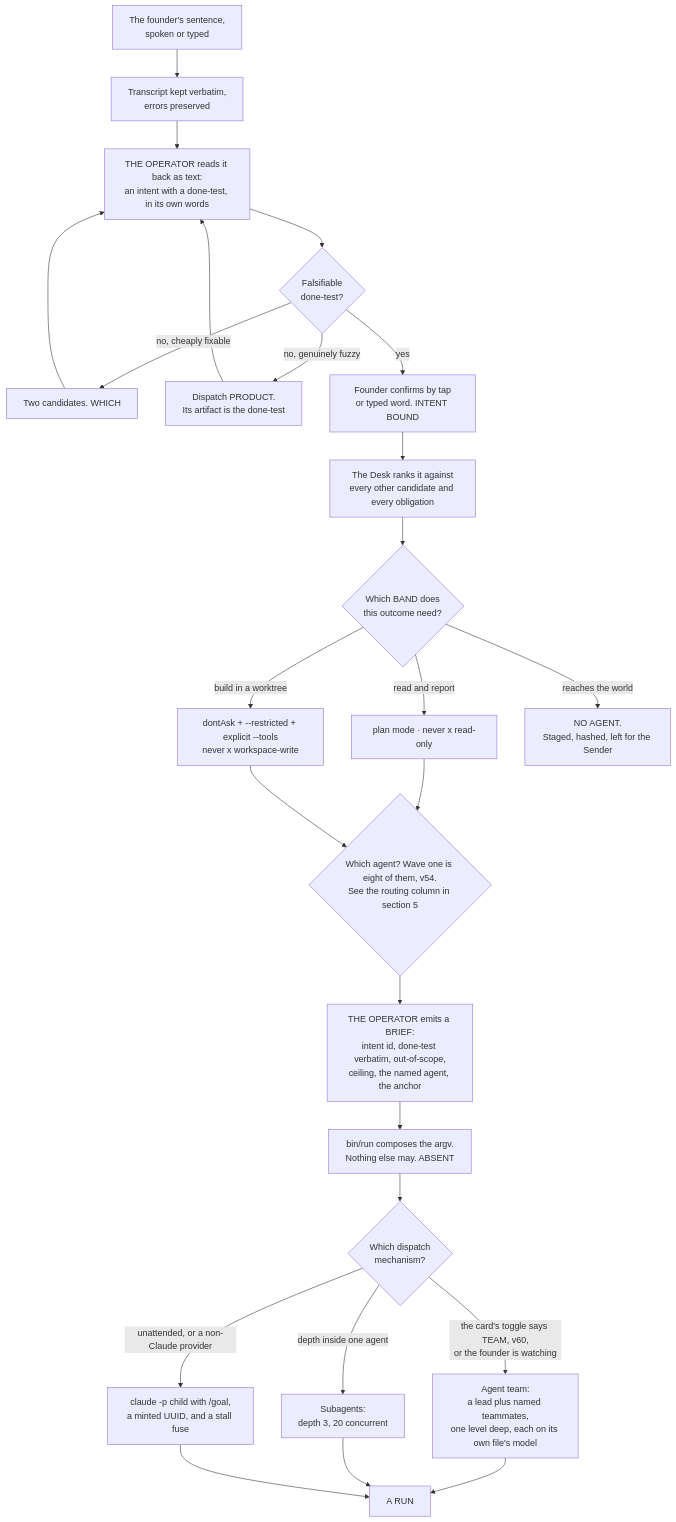
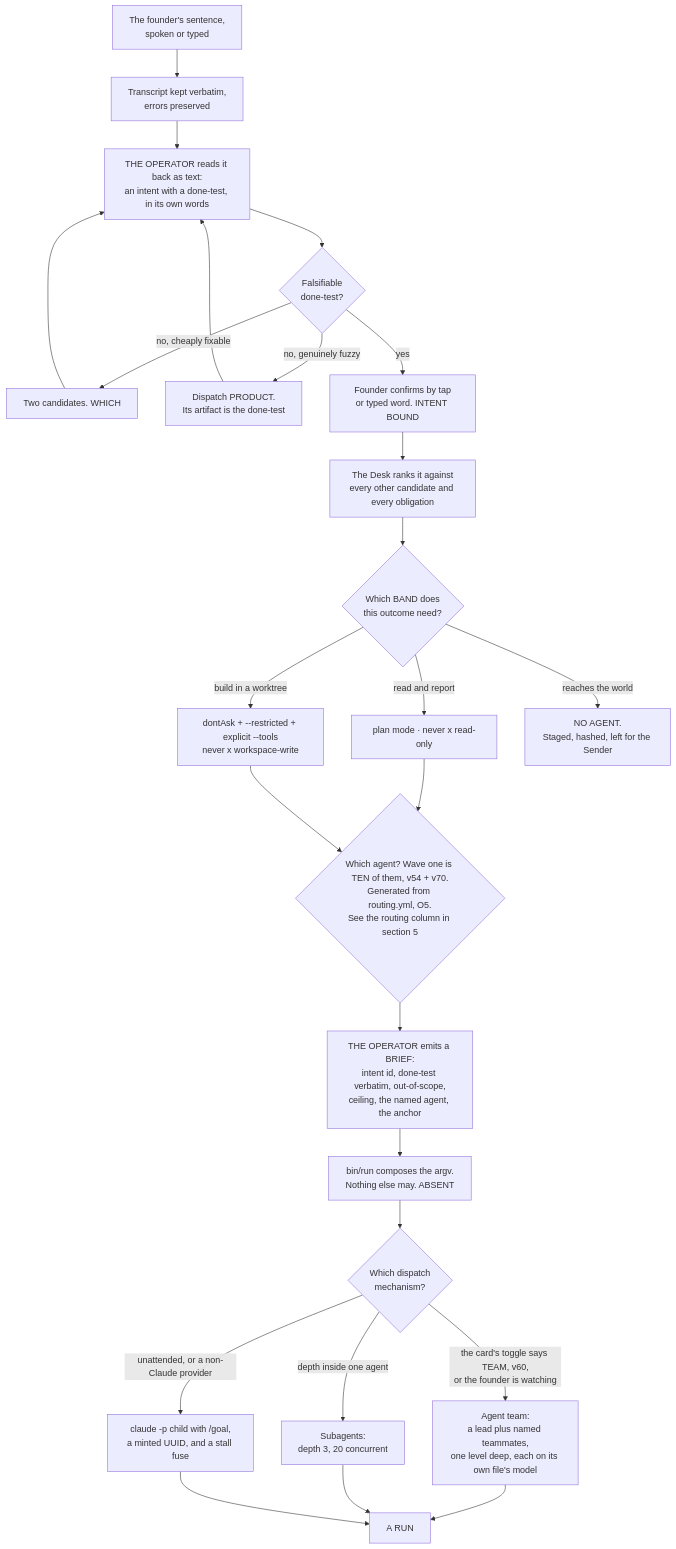
One commit to Adam077K/agentvibe changed the second of 2 diagrams in docs/03-system-design/final-v2/parts/03-operator.md. Above: the diagram before and after it, drawn with Mermaid. The commit also changed other lines of this file and 8 other files, not shown here.

First line of the commit message:
docs(final-v2): B1 and B2 — the rethink round in §0–§2, §4, §13a (82 rows, work-item store, lexicographic Desk, away mode) and §3, §5, §6, §17 (identity, cord, messaging, wave one of ten, packs, expiry, reconciler, inventory)

````diff
--- a/docs/03-system-design/final-v2/parts/03-operator.md
+++ b/docs/03-system-design/final-v2/parts/03-operator.md
@@ -184,30 +284,30 @@
 ```mermaid
 flowchart TD
     S["The founder's sentence,<br/>spoken or typed"] --> T["Transcript kept verbatim,<br/>errors preserved"]
     T --> RB["THE OPERATOR reads it back as text:<br/>an intent with a done-test, in its own words"]
     RB --> Q1{"Falsifiable<br/>done-test?"}
     Q1 -->|"no, cheaply fixable"| TWO["Two candidates. WHICH"]
     TWO --> RB
     Q1 -->|"no, genuinely fuzzy"| PRODUCT["Dispatch PRODUCT.<br/>Its artifact is the done-test"]
     PRODUCT --> RB
     Q1 -->|"yes"| CONF["Founder confirms by tap<br/>or typed word. INTENT BOUND"]
 
     CONF --> DESK["The Desk ranks it against<br/>every other candidate and every obligation"]
     DESK --> BAND{"Which BAND does<br/>this outcome need?"}
     BAND -->|"read and report"| B1["plan mode · never x read-only"]
     BAND -->|"build in a worktree"| B2["dontAsk + --restricted + explicit --tools<br/>never x workspace-write"]
     BAND -->|"reaches the world"| B3["NO AGENT.<br/>Staged, hashed, left for the Sender"]
 
     B1 --> PICK
     B2 --> PICK
-    PICK{"Which agent? Wave one is eight of them, v54.<br/>See the routing column in section 5"}
+    PICK{"Which agent? Wave one is TEN of them, v54 + v70.<br/>Generated from routing.yml, O5.<br/>See the routing column in section 5"}
     PICK --> BRIEF["THE OPERATOR emits a BRIEF:<br/>intent id, done-test verbatim, out-of-scope,<br/>ceiling, the named agent, the anchor"]
     BRIEF --> LAUNCH["bin/run composes the argv.<br/>Nothing else may. ABSENT"]
     LAUNCH --> HOW{"Which dispatch<br/>mechanism?"}
     HOW -->|"the card's toggle says TEAM, v60,<br/>or the founder is watching"| TEAM["Agent team:<br/>a lead plus named teammates,<br/>one level deep, each on its own file's model"]
     HOW -->|"depth inside one agent"| SUB["Subagents:<br/>depth 3, 20 concurrent"]
     HOW -->|"unattended, or a non-Claude provider"| PRINT["claude -p child with /goal,<br/>a minted UUID, and a stall fuse"]
     TEAM --> RUN["A RUN"]
     SUB --> RUN
     PRINT --> RUN
 ```
````
